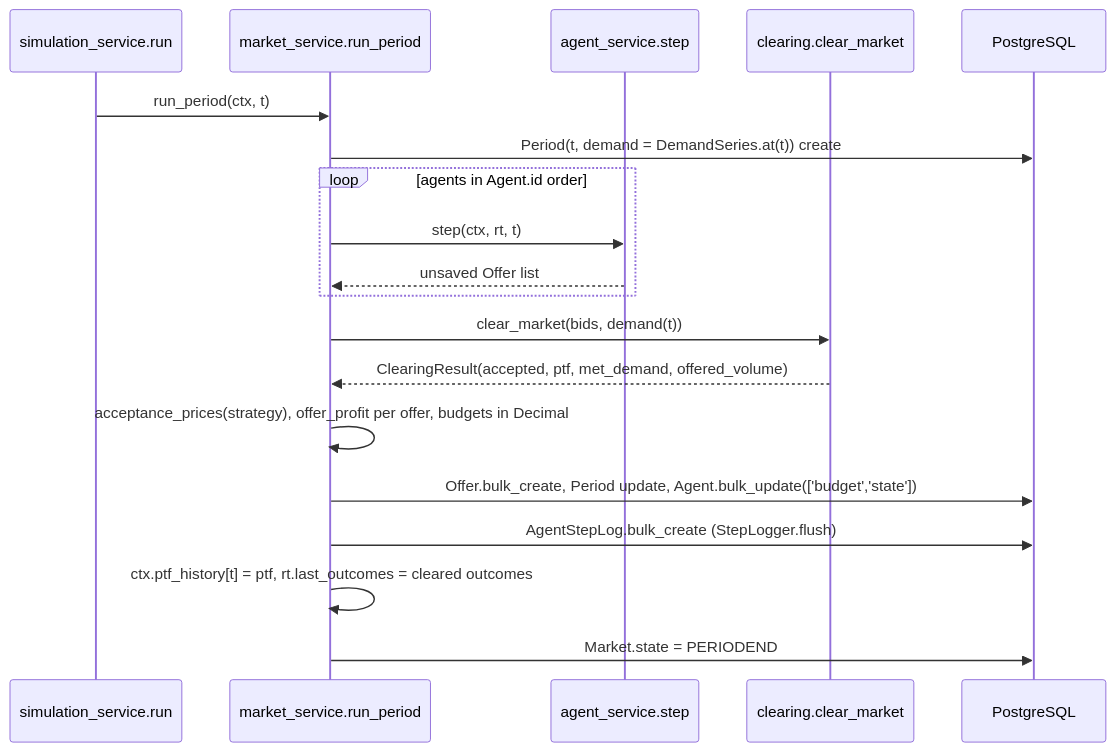
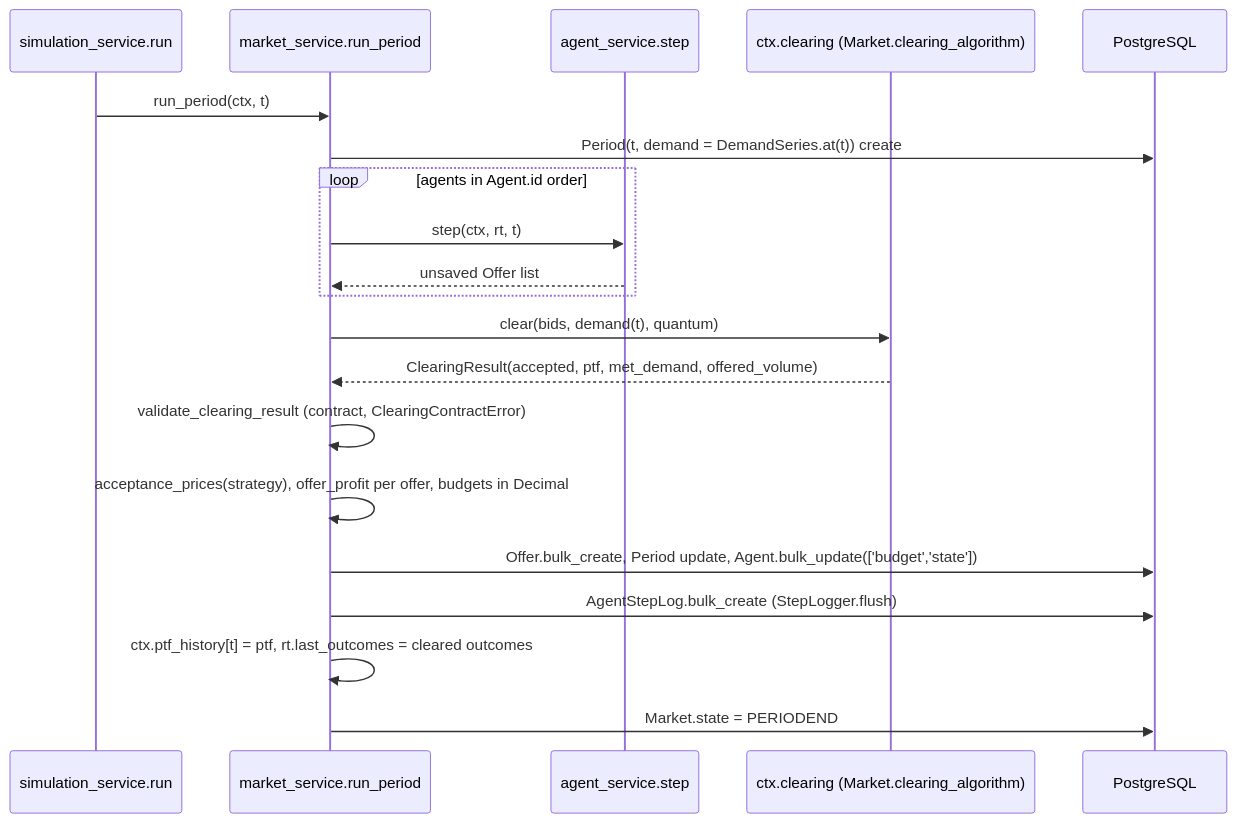
One commit to Erdemhan/abmem_web changed the third of 5 diagrams in ARCHITECTURE.md. Above: the diagram before and after it, drawn with Mermaid. The commit also changed other lines of this file and 1 other file, not shown here.

First line of the commit message:
Document the algorithm registries and how to add algorithms (PLAN 2.10)

````diff
--- a/ARCHITECTURE.md
+++ b/ARCHITECTURE.md
@@ -537,22 +560,23 @@
 ```mermaid
 sequenceDiagram
     participant S as simulation_service.run
     participant M as market_service.run_period
     participant A as agent_service.step
-    participant C as clearing.clear_market
+    participant C as ctx.clearing (Market.clearing_algorithm)
     participant DB as PostgreSQL
 
     S->>M: run_period(ctx, t)
     M->>DB: Period(t, demand = DemandSeries.at(t)) create
     loop agents in Agent.id order
         M->>A: step(ctx, rt, t)
         A-->>M: unsaved Offer list
     end
-    M->>C: clear_market(bids, demand(t))
+    M->>C: clear(bids, demand(t), quantum)
     C-->>M: ClearingResult(accepted, ptf, met_demand, offered_volume)
+    M->>M: validate_clearing_result (contract, ClearingContractError)
     M->>M: acceptance_prices(strategy), offer_profit per offer, budgets in Decimal
     M->>DB: Offer.bulk_create, Period update, Agent.bulk_update(['budget','state'])
     M->>DB: AgentStepLog.bulk_create (StepLogger.flush)
     M->>M: ctx.ptf_history[t] = ptf, rt.last_outcomes = cleared outcomes
     M->>DB: Market.state = PERIODEND
 ```
````
